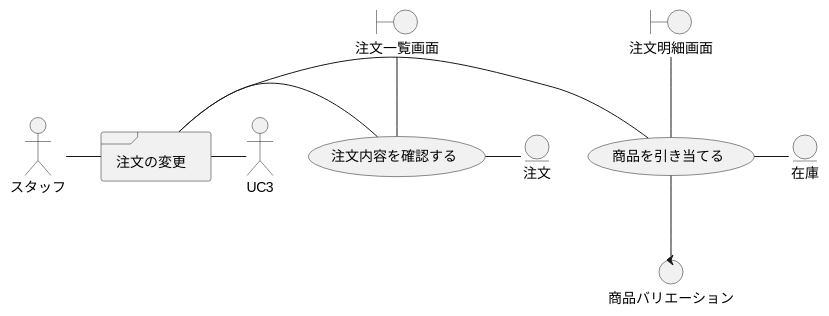
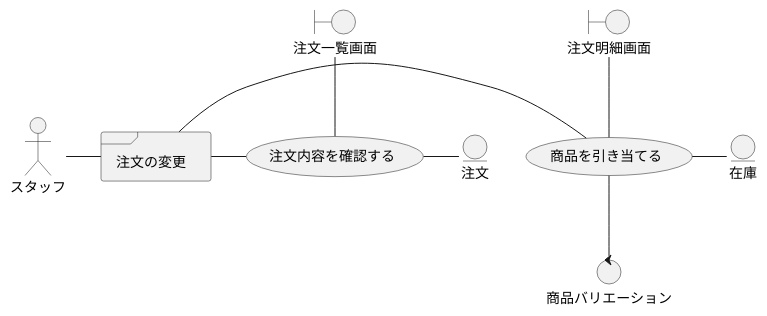
Diagram 26 of 37 in docs/index.adoc (k2works/application_programing_excercise_2022), drawn with PlantUML before and after one commit. The commit also changed other lines of this file, not shown here.

```diff
--- a/docs/index.adoc
+++ b/docs/index.adoc
@@ -825,23 +825,22 @@
 [plantuml]
 ----
 @startuml
 actor "スタッフ" as ac_01
 frame "注文の変更" as f01
 usecase "注文内容を確認する" as UC1
 usecase "商品を引き当てる" as UC2
 boundary "注文一覧画面" as b01
 boundary "注文明細画面" as b02
 entity "注文" as e01
 entity "在庫" as e02
 control "商品バリエーション" as c01
 
 ac_01 - f01
 f01 - UC1
 f01 - UC2
-f01 - UC3
 b01 -- UC1
 b02 -- UC2
 UC1 - e01
 UC2 - e02
 UC2 -- c01
 ----
```
